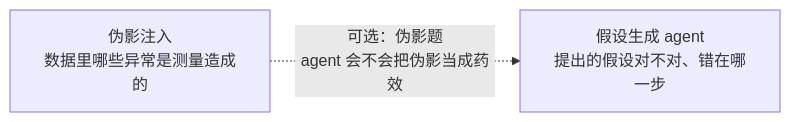
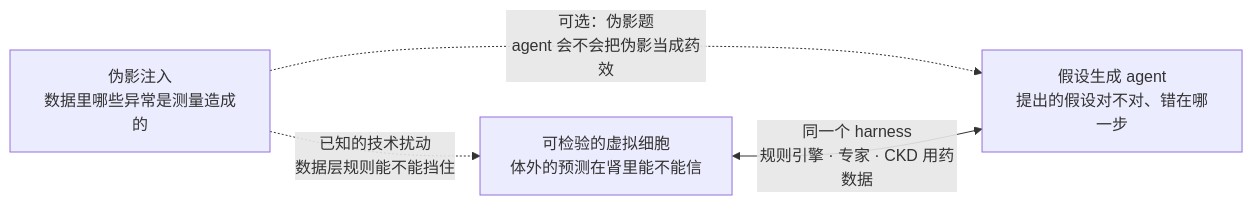
The first of 2 diagrams in research/00-overview.md (jasonjin34/Medical_reading_material), drawn with Mermaid before and after one commit. The commit also changed other lines of this file and 22 other files, not shown here.

````diff
--- a/research/00-overview.md
+++ b/research/00-overview.md
@@ -59,4 +79,6 @@
 ```mermaid
 flowchart LR
   A["伪影注入<br/>数据里哪些异常是测量造成的"] -.->|"可选：伪影题<br/>agent 会不会把伪影当成药效"| G["假设生成 agent<br/>提出的假设对不对、错在哪一步"]
+  P["可检验的虚拟细胞<br/>体外的预测在肾里能不能信"] <-->|"同一个 harness<br/>规则引擎 · 专家 · CKD 用药数据"| G
+  A -.->|"已知的技术扰动<br/>数据层规则能不能挡住"| P
 ```
````
